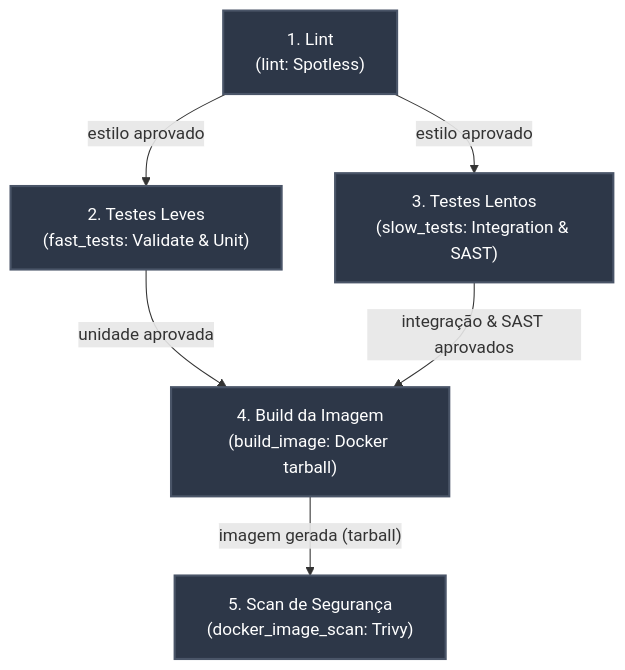
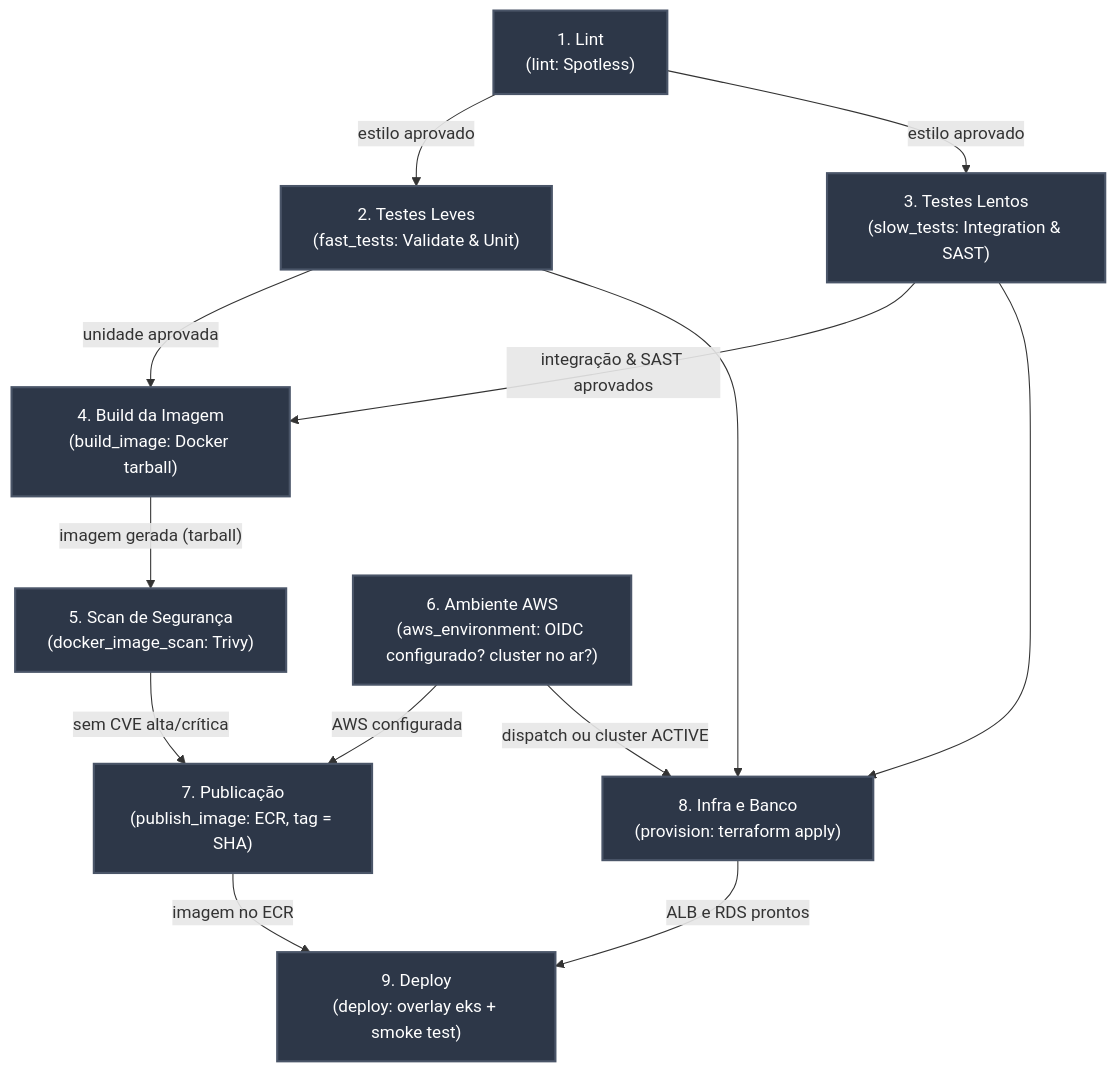
Before and after one commit to gabsevamac/JACAFI-FIAP_Tech-Challenge_01: the diagram in docs/cicd/pipeline-ci.md, drawn with Mermaid. The commit also changed other lines of this file and 53 other files, not shown here.

First line of the commit message:
feat(cd): deploy to an ephemeral EKS environment via GitHub OIDC

````diff
--- a/docs/cicd/pipeline-ci.md
+++ b/docs/cicd/pipeline-ci.md
@@ -21,17 +23,28 @@
 ```mermaid
 graph TD
     lint["1. Lint\n(lint: Spotless)"]
     fast["2. Testes Leves\n(fast_tests: Validate & Unit)"]
     slow["3. Testes Lentos\n(slow_tests: Integration & SAST)"]
     build["4. Build da Imagem\n(build_image: Docker tarball)"]
     scan["5. Scan de Segurança\n(docker_image_scan: Trivy)"]
+    gate["6. Ambiente AWS\n(aws_environment: OIDC configurado? cluster no ar?)"]
+    publish["7. Publicação\n(publish_image: ECR, tag = SHA)"]
+    provision["8. Infra e Banco\n(provision: terraform apply)"]
+    deploy["9. Deploy\n(deploy: overlay eks + smoke test)"]
 
     lint --> |"estilo aprovado"| fast
     lint --> |"estilo aprovado"| slow
     fast --> |"unidade aprovada"| build
     slow --> |"integração & SAST aprovados"| build
     build --> |"imagem gerada (tarball)"| scan
+    scan --> |"sem CVE alta/crítica"| publish
+    gate --> |"AWS configurada"| publish
+    fast --> provision
+    slow --> provision
+    gate --> |"dispatch ou cluster ACTIVE"| provision
+    publish --> |"imagem no ECR"| deploy
+    provision --> |"ALB e RDS prontos"| deploy
 
     classDef jobStyle fill:#2d3748,stroke:#4a5568,stroke-width:2px,color:#fff;
-    class lint,fast,slow,build,scan jobStyle;
+    class lint,fast,slow,build,scan,gate,publish,provision,deploy jobStyle;
 ```
````
